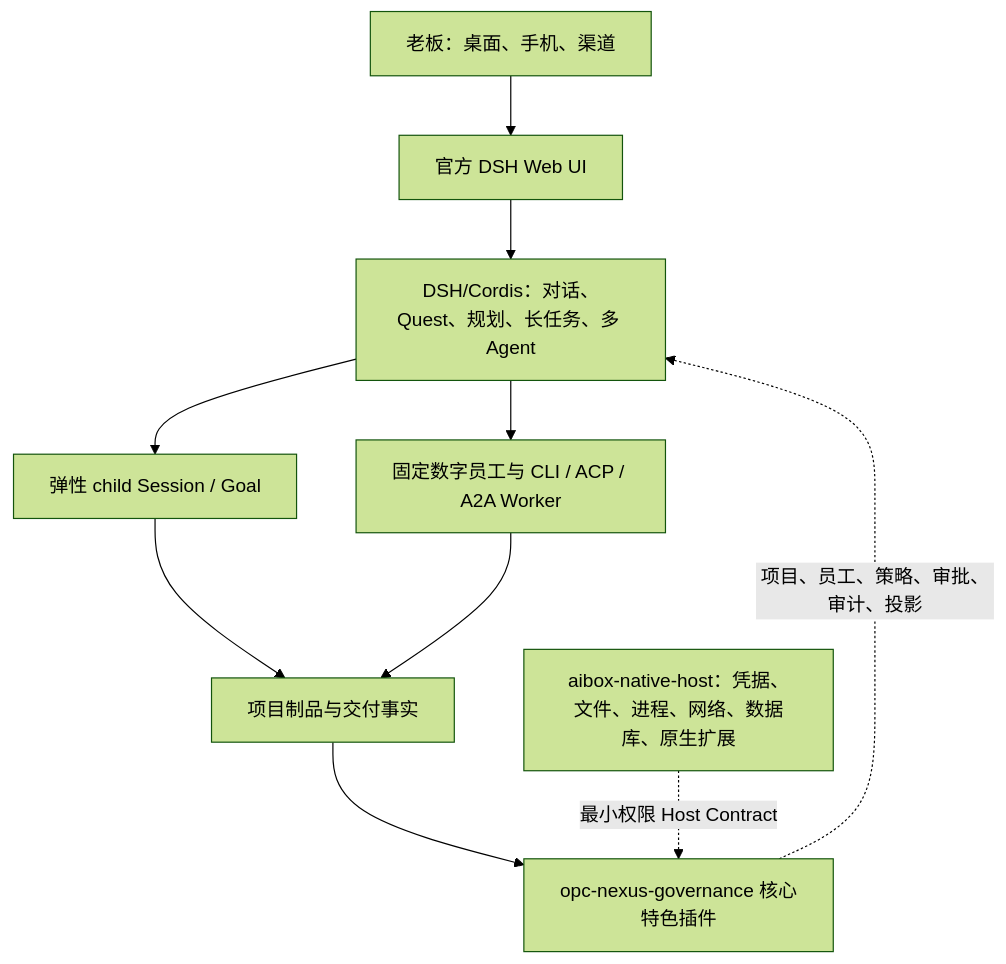
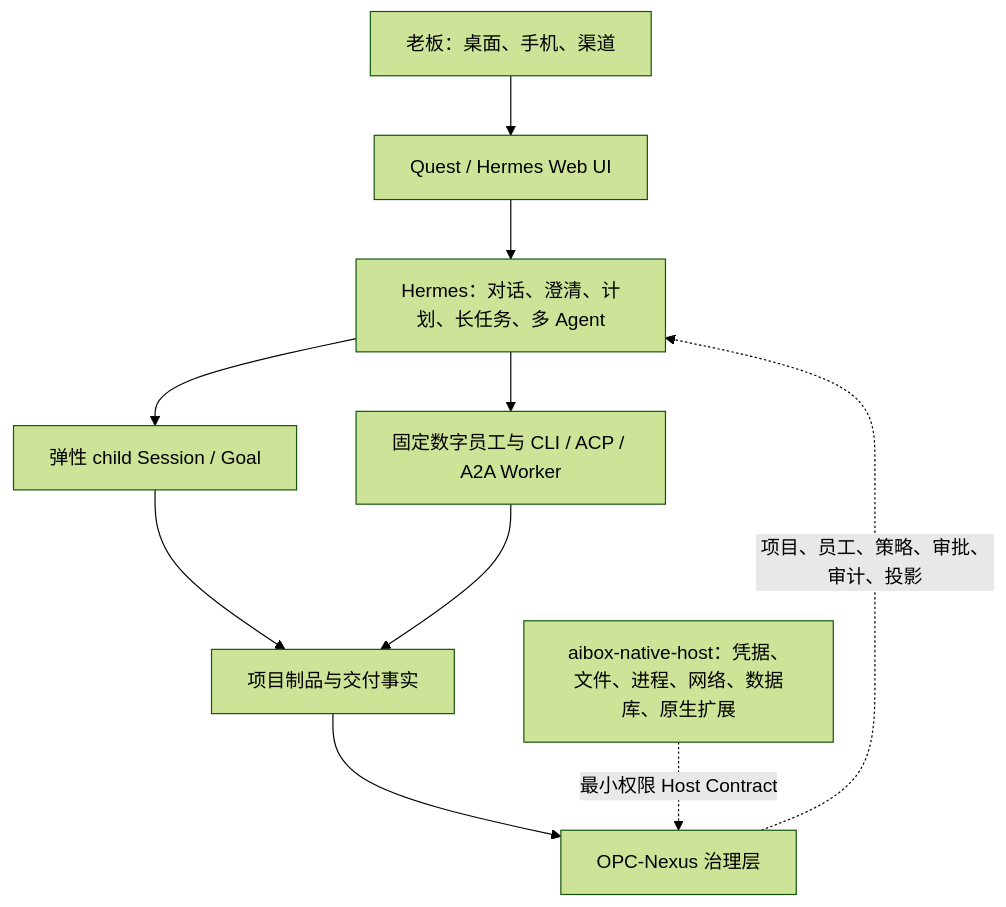
Before and after one commit to h4dex/opc-nexus: the first of 2 diagrams in src/docs/architecture.md, drawn with Mermaid (forest theme). The commit also changed other lines of this file and 7850 other files, not shown here.

Commit message:
feat: make Hermes the Quest v2 orchestration engine

````diff
--- a/src/docs/architecture.md
+++ b/src/docs/architecture.md
@@ -7,12 +7,12 @@
 ```mermaid
 flowchart TD
-    OWNER["老板：桌面、手机、渠道"] --> WEB["官方 DSH Web UI"]
-    WEB --> CORDIS["DSH/Cordis：对话、Quest、规划、长任务、多 Agent"]
-    CORDIS --> CHILD["弹性 child Session / Goal"]
-    CORDIS --> WORKERS["固定数字员工与 CLI / ACP / A2A Worker"]
+    OWNER["老板：桌面、手机、渠道"] --> WEB["Quest / Hermes Web UI"]
+    WEB --> HERMES["Hermes：对话、澄清、计划、长任务、多 Agent"]
+    HERMES --> CHILD["弹性 child Session / Goal"]
+    HERMES --> WORKERS["固定数字员工与 CLI / ACP / A2A Worker"]
     CHILD --> ARTIFACTS["项目制品与交付事实"]
     WORKERS --> ARTIFACTS
-    GOVERNANCE["opc-nexus-governance 核心特色插件"] -. "项目、员工、策略、审批、审计、投影" .-> CORDIS
+    GOVERNANCE["OPC-Nexus 治理层"] -. "项目、员工、策略、审批、审计、投影" .-> HERMES
     ARTIFACTS --> GOVERNANCE
     HOST["aibox-native-host：凭据、文件、进程、网络、数据库、原生扩展"] -. "最小权限 Host Contract" .-> GOVERNANCE
 ```
````
